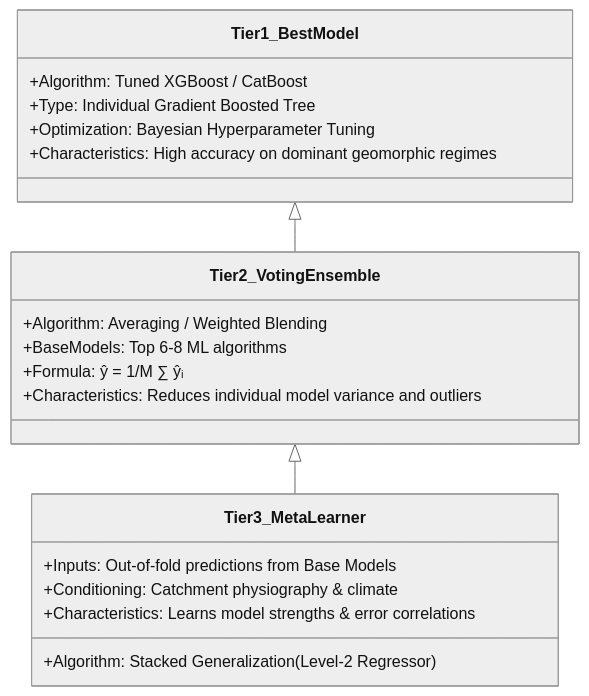
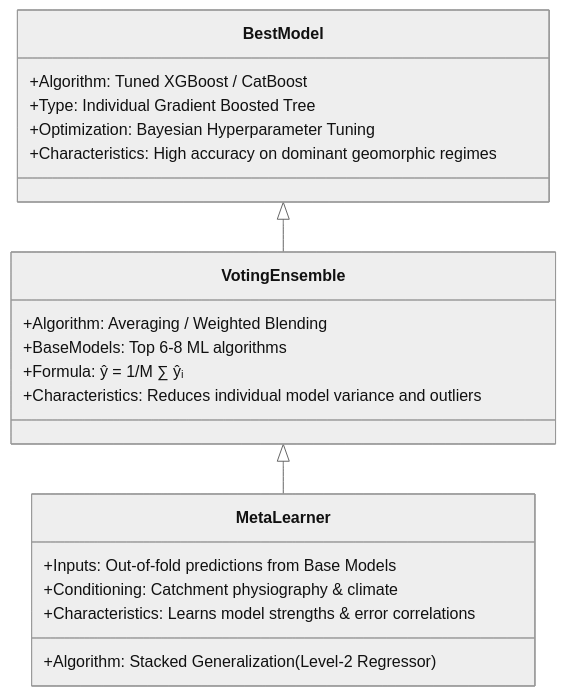
One commit to arashmodrad/ml_web changed the second of 2 diagrams in docs/v1.0/y/models.md. Above: the diagram before and after it, drawn with Mermaid (neutral theme). The commit also changed other lines of this file and 33 other files, not shown here.

````diff
--- a/docs/v1.0/y/models.md
+++ b/docs/v1.0/y/models.md
@@ -131,23 +131,23 @@
 ```mermaid
 classDiagram
-    class Tier1_BestModel {
+    class BestModel {
         +Algorithm: Tuned XGBoost / CatBoost
         +Type: Individual Gradient Boosted Tree
         +Optimization: Bayesian Hyperparameter Tuning
         +Characteristics: High accuracy on dominant geomorphic regimes
     }
-    class Tier2_VotingEnsemble {
+    class VotingEnsemble {
         +Algorithm: Averaging / Weighted Blending
         +BaseModels: Top 6-8 ML algorithms
         +Formula: ŷ = 1/M ∑ ŷᵢ
         +Characteristics: Reduces individual model variance and outliers
     }
-    class Tier3_MetaLearner {
+    class MetaLearner {
         +Algorithm: Stacked Generalization (Level-2 Regressor)
         +Inputs: Out-of-fold predictions from Base Models
         +Conditioning: Catchment physiography & climate
         +Characteristics: Learns model strengths & error correlations
     }
-    Tier1_BestModel <|-- Tier2_VotingEnsemble
-    Tier2_VotingEnsemble <|-- Tier3_MetaLearner
+    BestModel <|-- VotingEnsemble
+    VotingEnsemble <|-- MetaLearner
 ```
````
